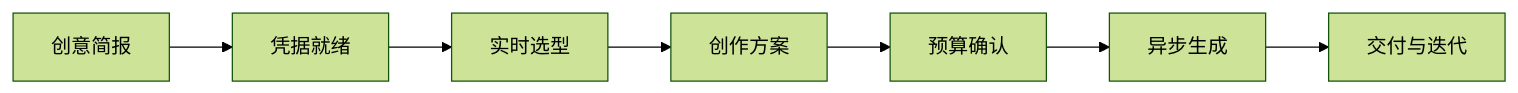
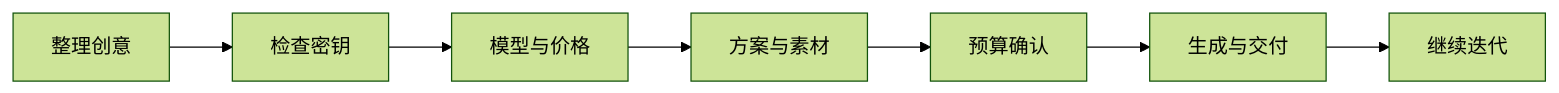
The diagram in README.md (damian2848/kaiyuncode-tools), drawn with Mermaid (forest theme) before and after one commit. The commit also changed other lines of this file and 72 other files, not shown here.

````diff
--- a/README.md
+++ b/README.md
@@ -47,9 +90,9 @@
 ```mermaid
 flowchart LR
-  A[创意简报] --> B[凭据就绪]
-  B --> C[实时选型]
-  C --> D[创作方案]
+  A[整理创意] --> B[检查密钥]
+  B --> C[模型与价格]
+  C --> D[方案与素材]
   D --> E[预算确认]
-  E --> F[异步生成]
-  F --> G[交付与迭代]
+  E --> F[生成与交付]
+  F --> G[继续迭代]
 ```
````
